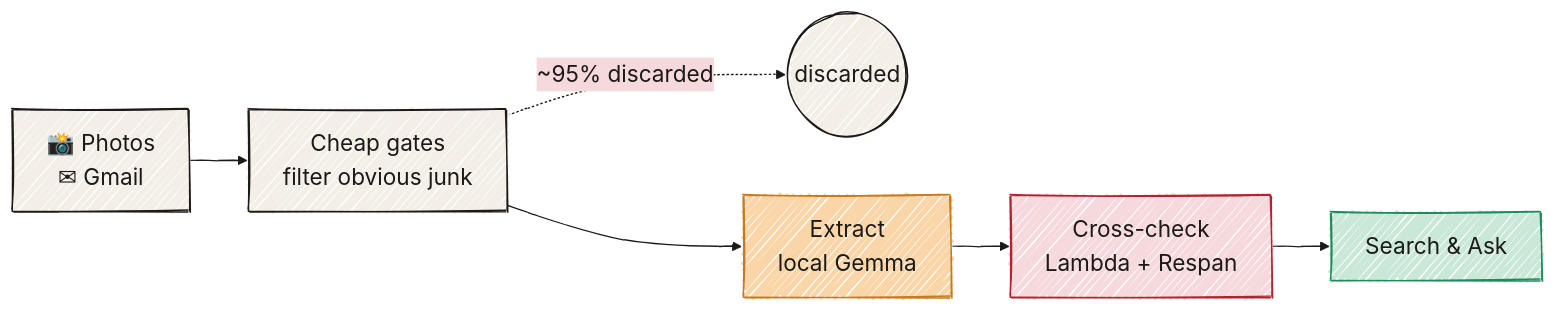
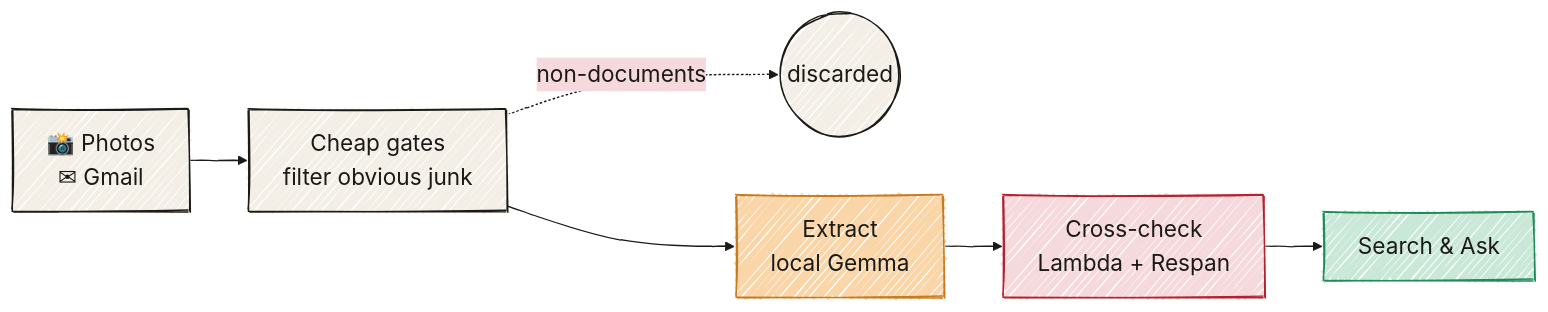
The first of 2 diagrams in README.md (ashishp03/retrace), drawn with Mermaid before and after one commit.

Commit message:
Reword the slide diagram's discard label
"non-documents" instead of a specific percentage that doesn't hold up under
scrutiny on a demo slide.

````diff
--- a/README.md
+++ b/README.md
@@ -11,13 +11,13 @@
 ```mermaid
 %%{init: {"look": "handDrawn", "theme": "base", "themeVariables": {"primaryColor": "#f3efe6", "primaryBorderColor": "#1b1a17", "primaryTextColor": "#1b1a17", "lineColor": "#1b1a17", "secondaryColor": "#f6d9dc", "tertiaryColor": "#ffffff", "fontSize": "20px"}}}%%
 flowchart LR
     SRC["📸 Photos<br/>✉ Gmail"] --> GATES["Cheap gates<br/>filter obvious junk"]
-    GATES -.->|~95% discarded| DROP(("discarded"))
+    GATES -.->|non-documents| DROP(("discarded"))
     GATES --> EXTRACT["Extract<br/>local Gemma"]
     EXTRACT --> XCHECK["Cross-check<br/>Lambda + Respan"]
     XCHECK --> SEARCH["Search & Ask"]
 
     style EXTRACT fill:#f9d5a7,stroke:#c77b1e
     style XCHECK fill:#f6d9dc,stroke:#b3222f
     style SEARCH fill:#c9e8d8,stroke:#1e8c5a
 ```
````
